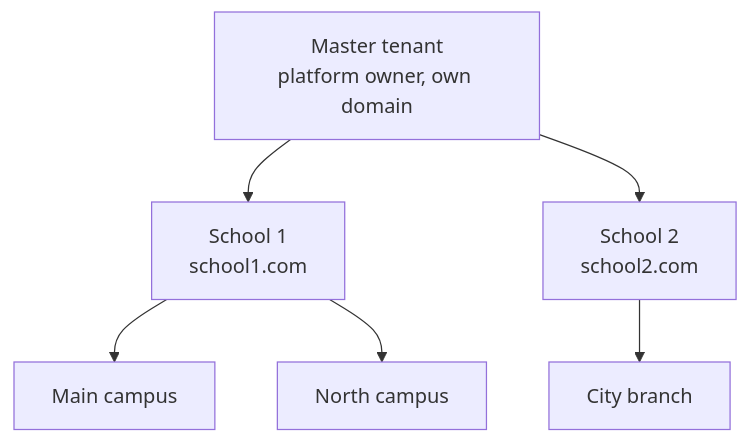
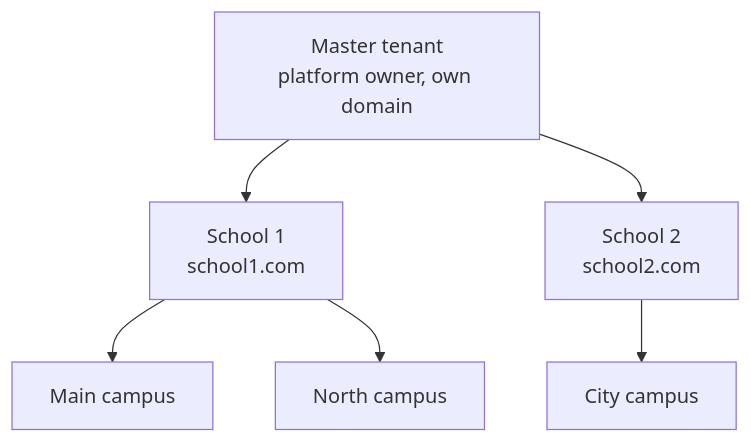
One commit to ahmedshahjr/Education-Portal changed the fifth of 21 diagrams in README.md. Above: the diagram before and after it, drawn with Mermaid. The commit also changed other lines of this file and 188 other files, not shown here.

Commit message:
fixed campus flow. also by schhool country campus city and rpiovicue should be shhow ibntasd

````diff
--- a/README.md
+++ b/README.md
@@ -397,14 +397,14 @@
 ```mermaid
 flowchart TB
     master["Master tenant<br/>platform owner, own domain"]
     school1["School 1<br/>school1.com"]
     school2["School 2<br/>school2.com"]
-    branch1["Main campus"]
-    branch2["North campus"]
-    branch3["City branch"]
+    campus1["Main campus"]
+    campus2["North campus"]
+    campus3["City campus"]
     master --> school1
     master --> school2
-    school1 --> branch1
-    school1 --> branch2
-    school2 --> branch3
+    school1 --> campus1
+    school1 --> campus2
+    school2 --> campus3
 ```
````
